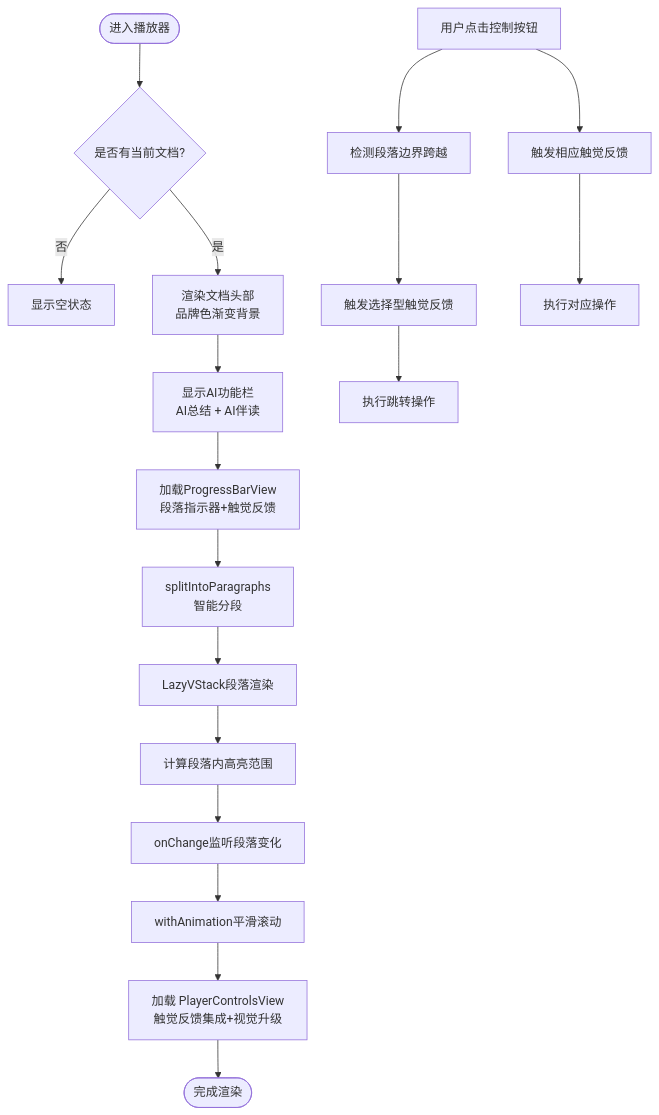
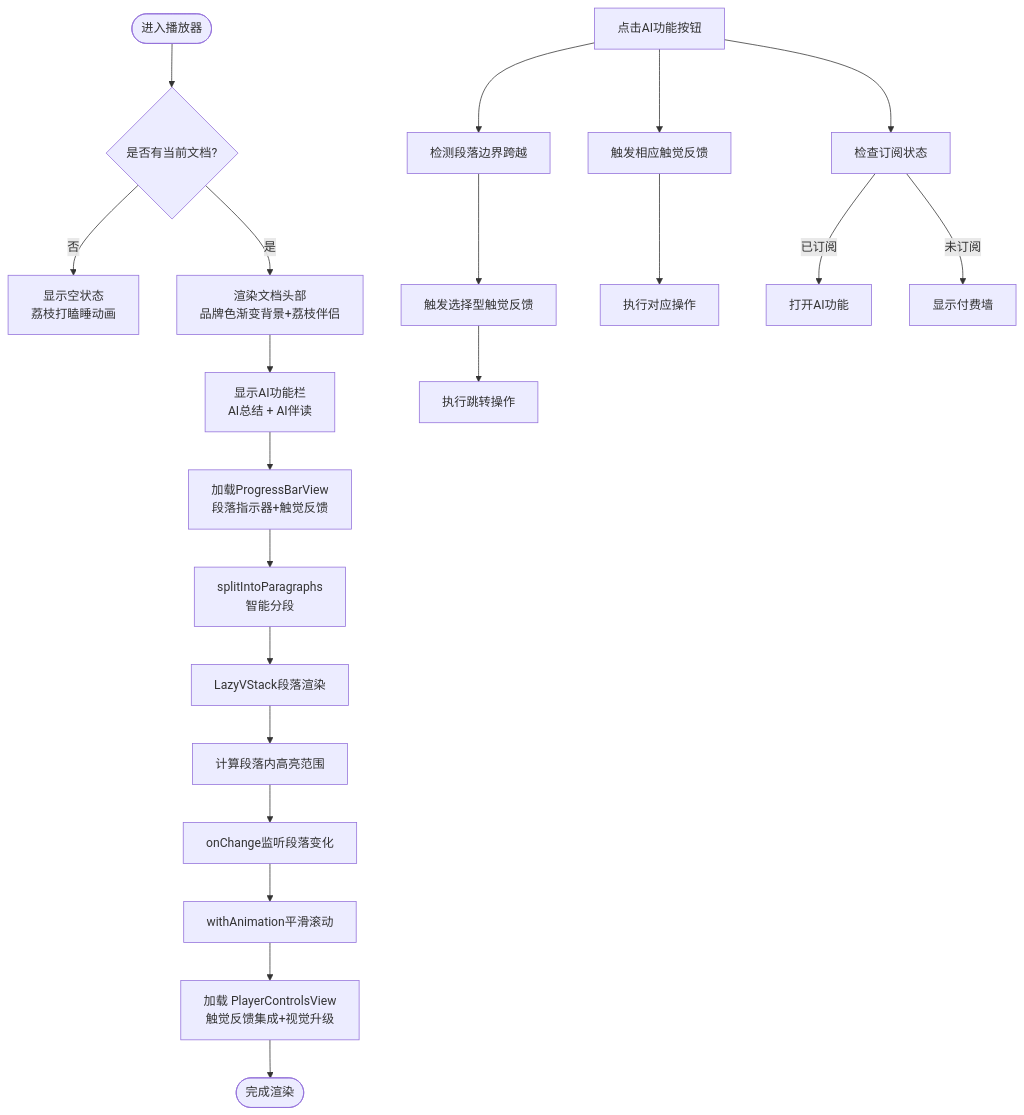
One commit to Primoguo/VoiceReader changed the third of 13 diagrams in .qoder/repowiki/zh/content/用户界面设计/播放器界面.md. Above: the diagram before and after it, drawn with Mermaid. The commit also changed other lines of this file and 92 other files, not shown here.

````diff
--- a/.qoder/repowiki/zh/content/用户界面设计/播放器界面.md
+++ b/.qoder/repowiki/zh/content/用户界面设计/播放器界面.md
@@ -292,20 +263,23 @@
 ```mermaid
 flowchart TD
 Start(["进入播放器"]) --> CheckDoc{"是否有当前文档?"}
-CheckDoc --> |否| Empty["显示空状态"]
-CheckDoc --> |是| Header["渲染文档头部<br/>品牌色渐变背景"]
+CheckDoc --> |否| Empty["显示空状态<br/>荔枝打瞌睡动画"]
+CheckDoc --> |是| Header["渲染文档头部<br/>品牌色渐变背景+荔枝伴侣"]
 Header --> AIFeatureBar["显示AI功能栏<br/>AI总结 + AI伴读"]
 AIFeatureBar --> CustomProgress["加载ProgressBarView<br/>段落指示器+触觉反馈"]
 CustomProgress --> SplitText["splitIntoParagraphs<br/>智能分段"]
 SplitText --> RenderParagraphs["LazyVStack段落渲染"]
 RenderParagraphs --> HighlightCalc["计算段落内高亮范围"]
 HighlightCalc --> ScrollSync["onChange监听段落变化"]
 ScrollSync --> SmoothScroll["withAnimation平滑滚动"]
 SmoothScroll --> Controls["加载 PlayerControlsView<br/>触觉反馈集成+视觉升级"]
 Controls --> End(["完成渲染"])
 U["用户拖拽进度条"] --> DetectBoundary["检测段落边界跨越"]
 DetectBoundary --> TriggerHaptic["触发选择型触觉反馈"]
 TriggerHaptic --> Seek["执行跳转操作"]
 U["用户点击控制按钮"] --> ButtonHaptic["触发相应触觉反馈"]
 ButtonHaptic --> ExecuteAction["执行对应操作"]
+U["点击AI功能按钮"] --> CheckPremium["检查订阅状态"]
+CheckPremium --> |已订阅| OpenFeature["打开AI功能"]
+CheckPremium --> |未订阅| ShowPaywall["显示付费墙"]
 ```
````
